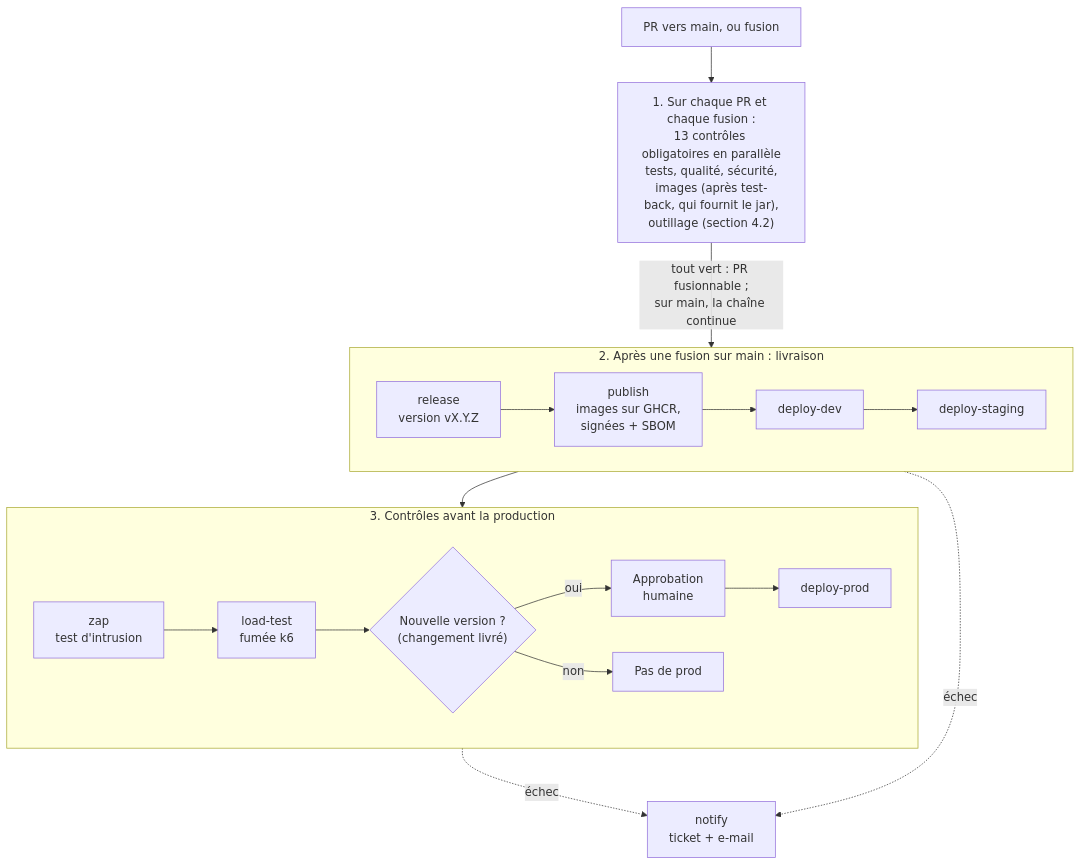
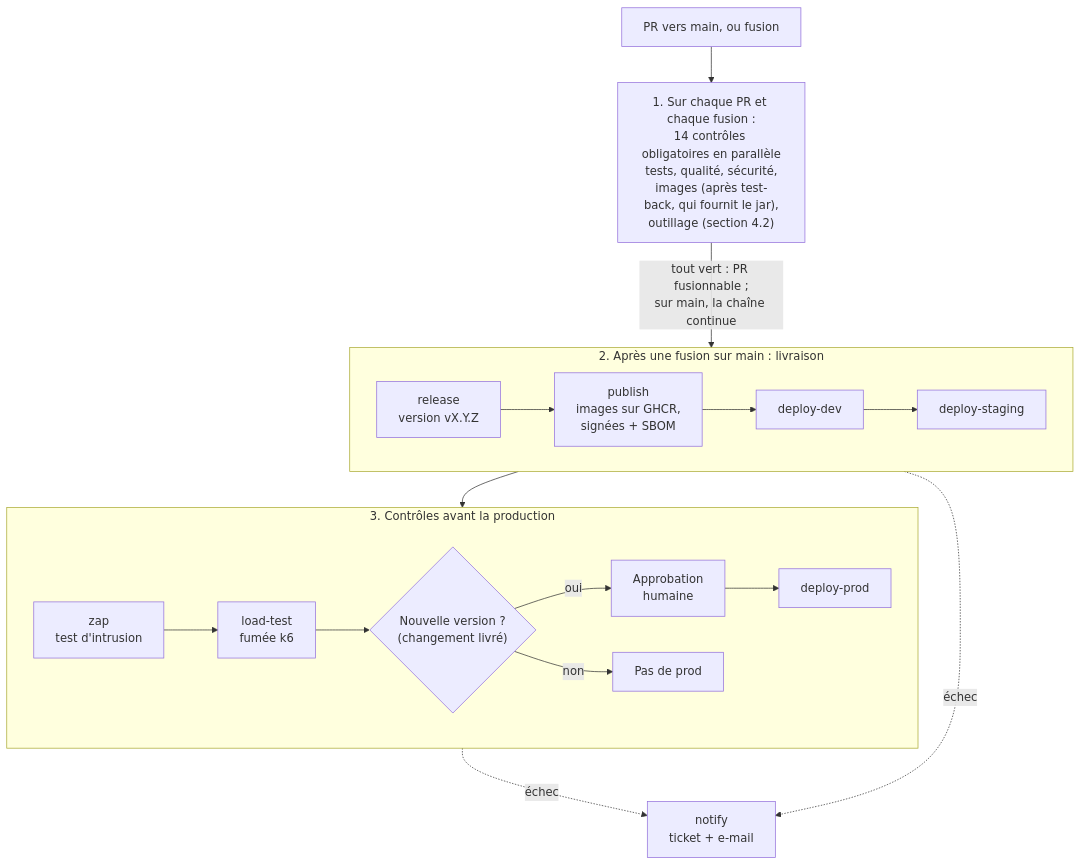
The fourth of 5 diagrams in docs/03-documentation-ci-cd.md (yohanbouchet/orion), drawn with Mermaid before and after one commit. The commit also changed other lines of this file and 15 other files, not shown here.

First line of the commit message:
test(e2e): tests de bout en bout Playwright sur les images construites

````diff
--- a/docs/03-documentation-ci-cd.md
+++ b/docs/03-documentation-ci-cd.md
@@ -457,19 +458,19 @@
 ```mermaid
 flowchart TB
     pr["PR vers main, ou fusion"] --> checks
-    checks["1. Sur chaque PR et chaque fusion :<br/>13 contrôles obligatoires en parallèle<br/>tests, qualité, sécurité,<br/>images (après test-back, qui fournit le jar),<br/>outillage (section 4.2)"]
+    checks["1. Sur chaque PR et chaque fusion :<br/>14 contrôles obligatoires en parallèle<br/>tests, qualité, sécurité,<br/>images (après test-back, qui fournit le jar),<br/>outillage (section 4.2)"]
     checks -->|"tout vert : PR fusionnable ;<br/>sur main, la chaîne continue"| rel
     subgraph liv["2. Après une fusion sur main : livraison"]
         direction LR
         rel["release<br/>version vX.Y.Z"] --> pub["publish<br/>images sur GHCR,<br/>signées + SBOM"] --> d1["deploy-dev"] --> d2["deploy-staging"]
     end
     d2 --> zap
     subgraph pre["3. Contrôles avant la production"]
         direction LR
         zap["zap<br/>test d'intrusion"] --> k6["load-test<br/>fumée k6"] --> gate{"Nouvelle version ?<br/>(changement livré)"}
         gate -->|"oui"| appr["Approbation<br/>humaine"] --> prod["deploy-prod"]
         gate -->|"non"| fin["Pas de prod"]
     end
     liv -.->|"échec"| notify["notify<br/>ticket + e-mail"]
     pre -.->|"échec"| notify
 ```
````
